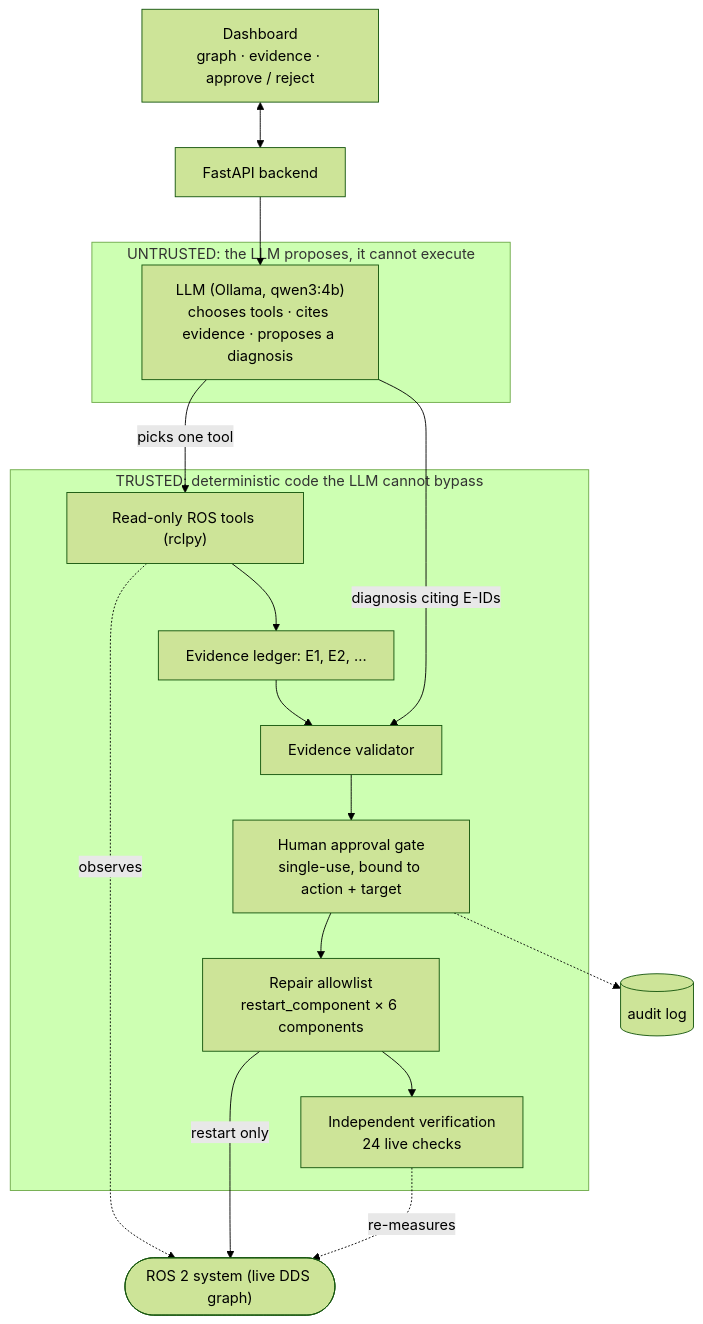
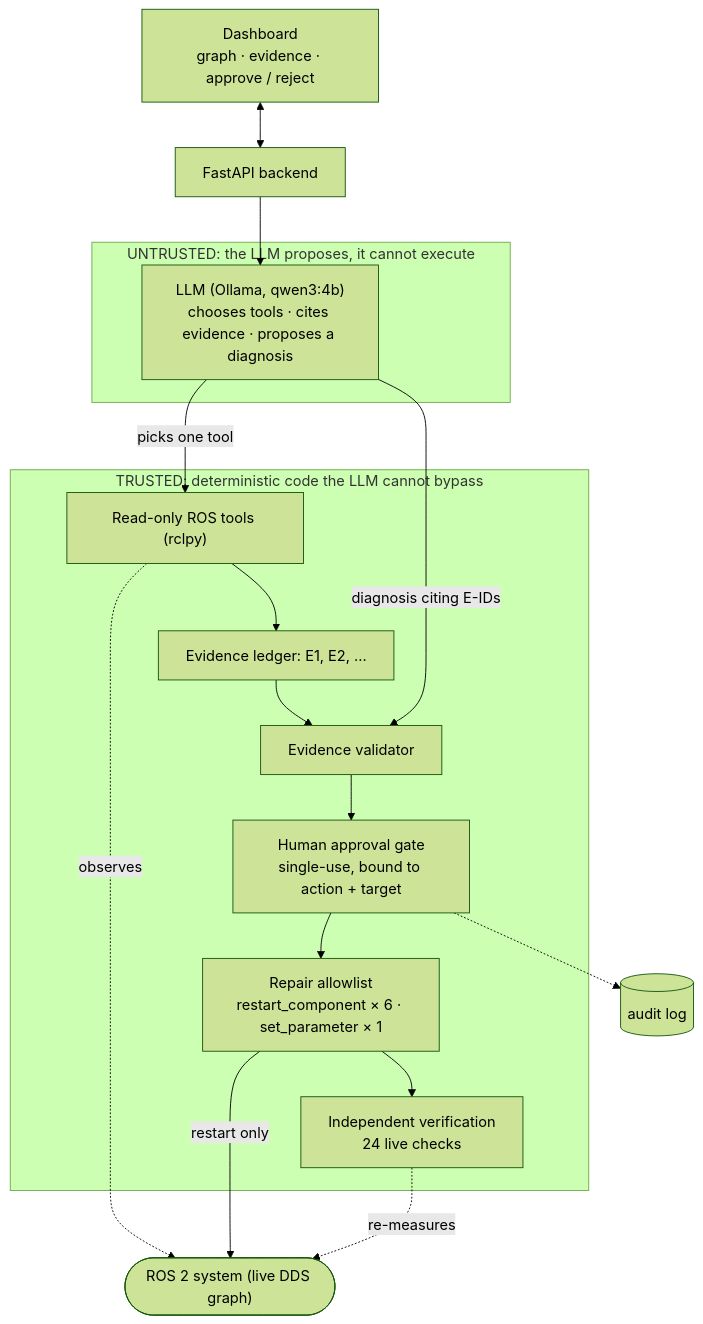
One commit to Greninja44/robotops changed the second of 2 diagrams in README.md. Above: the diagram before and after it, drawn with Mermaid (forest theme). The commit also changed other lines of this file and 5 other files, not shown here.

````diff
--- a/README.md
+++ b/README.md
@@ -74,25 +74,25 @@
 ```mermaid
 flowchart TD
     UI["Dashboard<br/>graph · evidence · approve / reject"] <--> API["FastAPI backend"]
     API --> LLM
 
     subgraph Untrusted["UNTRUSTED: the LLM proposes, it cannot execute"]
         LLM["LLM (Ollama, qwen3:4b)<br/>chooses tools · cites evidence · proposes a diagnosis"]
     end
 
     subgraph Trusted["TRUSTED: deterministic code the LLM cannot bypass"]
         Tools["Read-only ROS tools (rclpy)"] --> Ledger["Evidence ledger: E1, E2, ..."]
         Ledger --> Validator["Evidence validator"]
         Validator --> Gate["Human approval gate<br/>single-use, bound to action + target"]
-        Gate --> Allow["Repair allowlist<br/>restart_component × 6 components"]
+        Gate --> Allow["Repair allowlist<br/>restart_component × 6 · set_parameter × 1"]
         Allow --> Verify["Independent verification<br/>24 live checks"]
     end
 
     LLM -->|"picks one tool"| Tools
     LLM -->|"diagnosis citing E-IDs"| Validator
     Robot(["ROS 2 system (live DDS graph)"])
     Tools -.->|observes| Robot
     Allow -->|"restart only"| Robot
     Verify -.->|re-measures| Robot
     Gate -.-> Audit[("audit log")]
 ```
````
